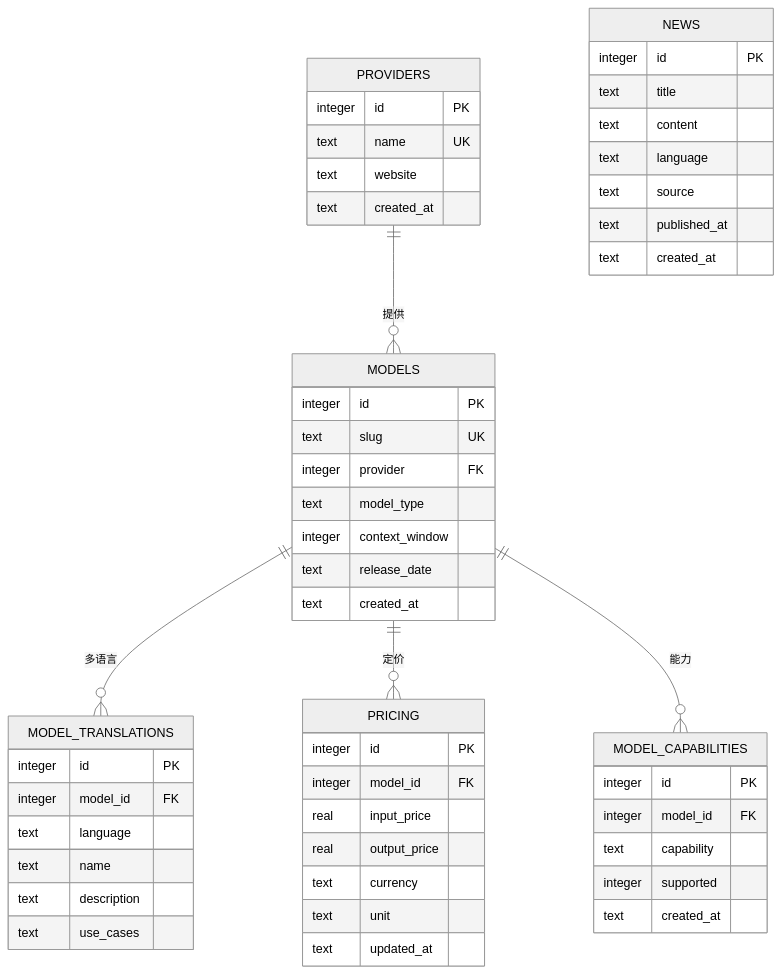
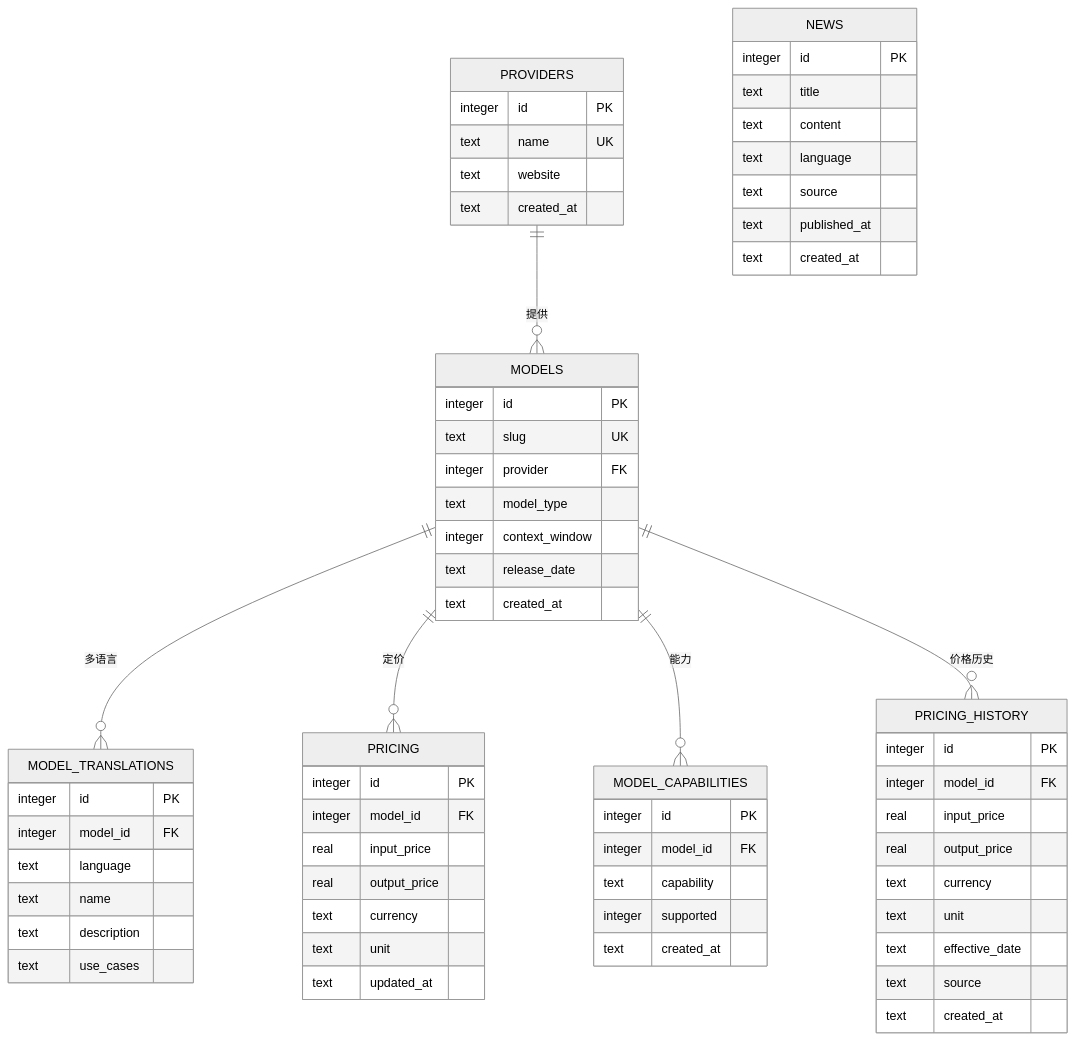
Before and after one commit to crazynotesman-svg/ai-model-platform: the diagram in docs/database-design.md, drawn with Mermaid (neutral theme). The commit also changed other lines of this file and 6 other files, not shown here.

Commit message:
feat: add pricing history database

````diff
--- a/docs/database-design.md
+++ b/docs/database-design.md
@@ -7,56 +7,68 @@
 ```mermaid
 erDiagram
     PROVIDERS ||--o{ MODELS : "提供"
     MODELS ||--o{ MODEL_TRANSLATIONS : "多语言"
     MODELS ||--o{ PRICING : "定价"
     MODELS ||--o{ MODEL_CAPABILITIES : "能力"
+    MODELS ||--o{ PRICING_HISTORY : "价格历史"
 
     PROVIDERS {
         integer id PK
         text name UK
         text website
         text created_at
     }
     MODELS {
         integer id PK
         text slug UK
         integer provider FK
         text model_type
         integer context_window
         text release_date
         text created_at
     }
     MODEL_TRANSLATIONS {
         integer id PK
         integer model_id FK
         text language
         text name
         text description
         text use_cases
     }
     PRICING {
         integer id PK
         integer model_id FK
         real input_price
         real output_price
         text currency
         text unit
         text updated_at
     }
     MODEL_CAPABILITIES {
         integer id PK
         integer model_id FK
         text capability
         integer supported
         text created_at
     }
+    PRICING_HISTORY {
+        integer id PK
+        integer model_id FK
+        real input_price
+        real output_price
+        text currency
+        text unit
+        text effective_date
+        text source
+        text created_at
+    }
     NEWS {
         integer id PK
         text title
         text content
         text language
         text source
         text published_at
         text created_at
     }
 ```
````
